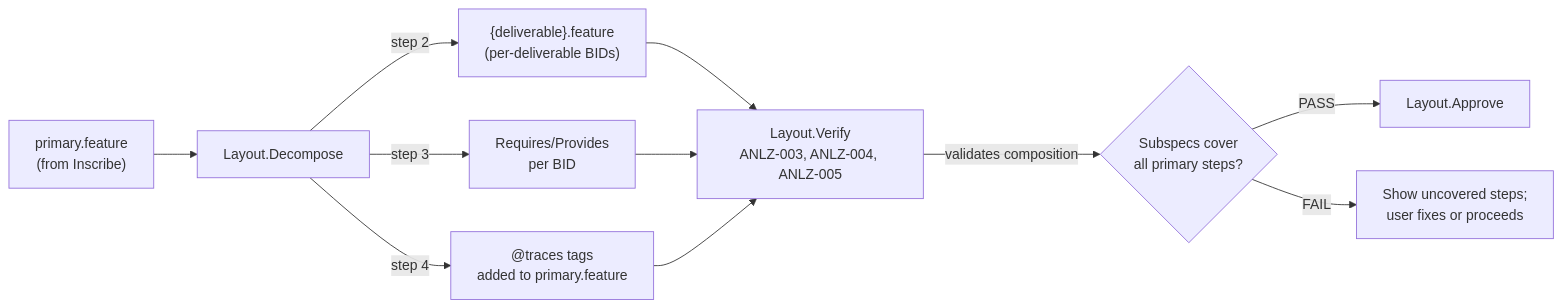
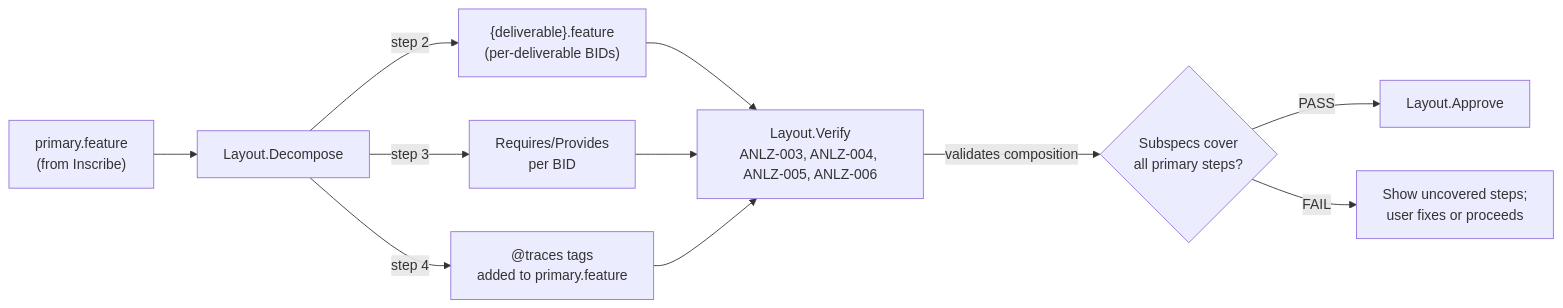
Before and after one commit to v0idbit/haileris: the third of 5 diagrams in docs/diagrams/diagrams.md, drawn with Mermaid. The commit also changed 8 other files, not shown here.

````diff
--- a/docs/diagrams/diagrams.md
+++ b/docs/diagrams/diagrams.md
@@ -129,16 +129,16 @@
 ```mermaid
 flowchart LR
     PS_IN["primary.feature<br>(from Inscribe)"] --> DEC["Layout.Decompose"]
 
     DEC -->|"step 2"| CS["{deliverable}.feature<br>(per-deliverable BIDs)"]
     DEC -->|"step 3"| RP["Requires/Provides<br>per BID"]
     DEC -->|"step 4"| TR["@traces tags<br>added to primary.feature"]
 
-    CS --> V["Layout.Verify<br>ANLZ-003, ANLZ-004, ANLZ-005"]
+    CS --> V["Layout.Verify<br>ANLZ-003, ANLZ-004, ANLZ-005, ANLZ-006"]
     RP --> V
     TR --> V
 
     V -->|"validates composition"| RESULT{"Subspecs cover<br>all primary steps?"}
     RESULT -->|PASS| AP["Layout.Approve"]
     RESULT -->|FAIL| FIX["Show uncovered steps;<br>user fixes or proceeds"]
 ```
````
